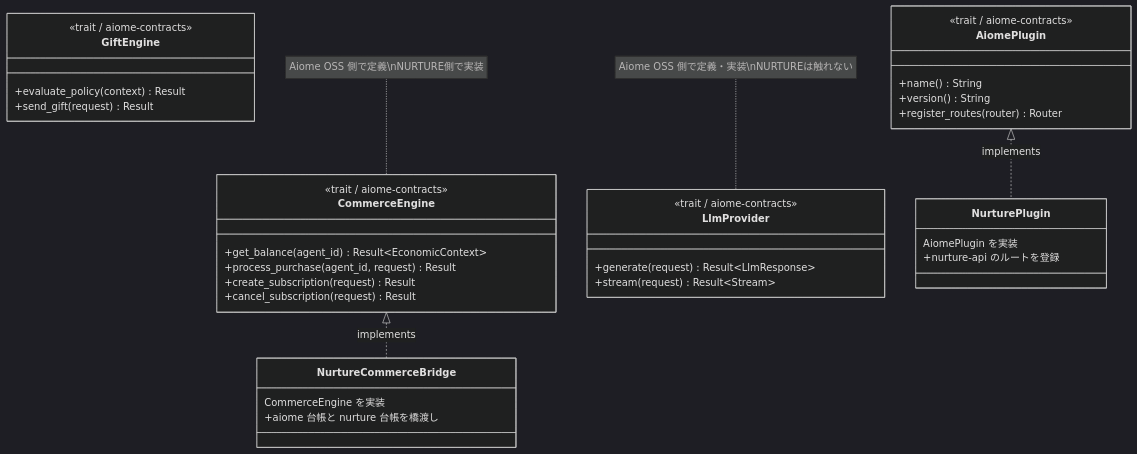
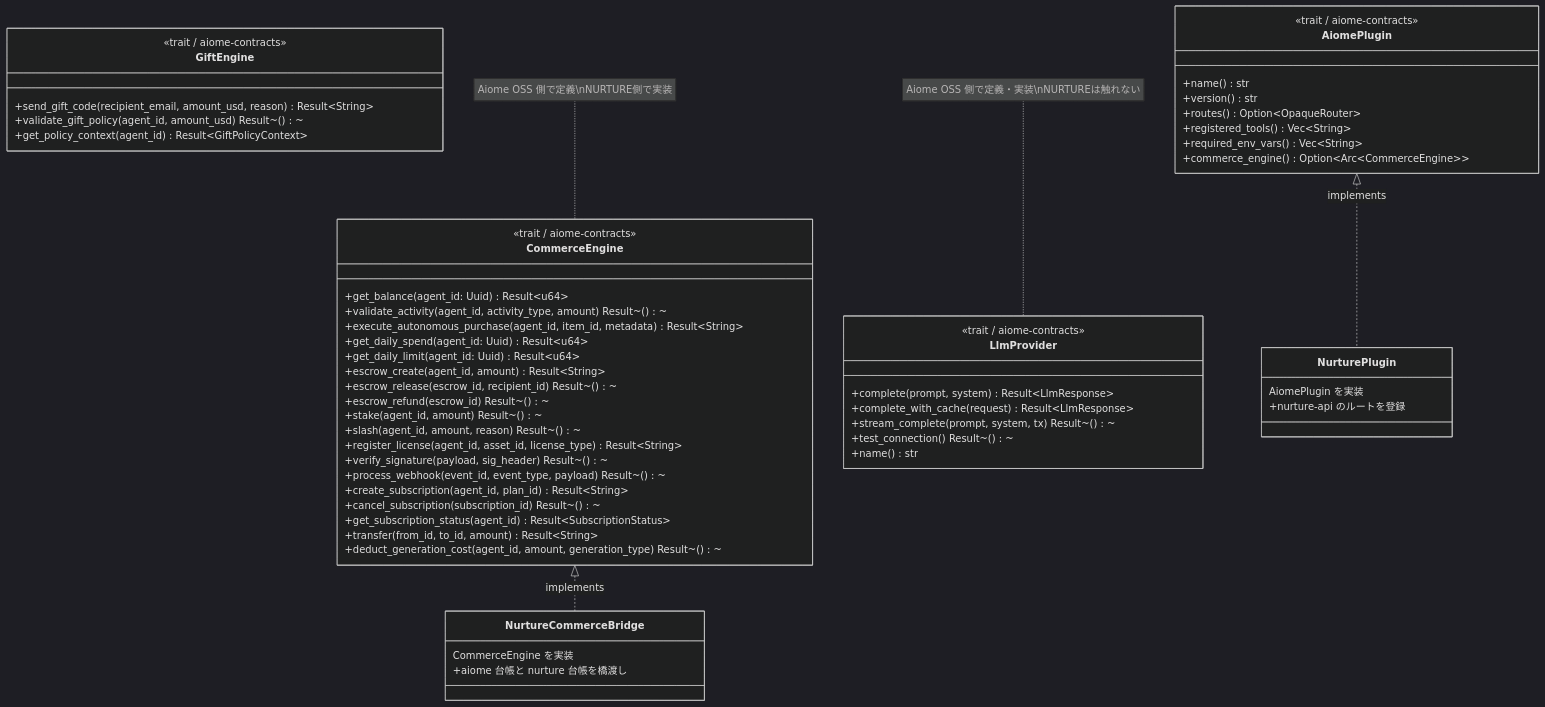
Before and after one commit to for4xex-droid/modular-open-claw: the ninth of 11 diagrams in docs/architecture/AIOME_NURTURE_SYNERGY.md, drawn with Mermaid (dark theme). The commit also changed other lines of this file and 16 other files, not shown here.

First line of the commit message:
feat(economic-integration): Tier 1-4 hardening — DLQ, webhook, commerce bridge

````diff
--- a/docs/architecture/AIOME_NURTURE_SYNERGY.md
+++ b/docs/architecture/AIOME_NURTURE_SYNERGY.md
@@ -482,45 +593,66 @@
 ```mermaid
 classDiagram
     class CommerceEngine {
         <<trait / aiome-contracts>>
-        +get_balance(agent_id) Result~EconomicContext~
-        +process_purchase(agent_id, request) Result
-        +create_subscription(request) Result
-        +cancel_subscription(request) Result
+        +get_balance(agent_id: Uuid) Result~u64~
+        +validate_activity(agent_id, activity_type, amount) Result~()~
+        +execute_autonomous_purchase(agent_id, item_id, metadata) Result~String~
+        +get_daily_spend(agent_id: Uuid) Result~u64~
+        +get_daily_limit(agent_id: Uuid) Result~u64~
+        +escrow_create(agent_id, amount) Result~String~
+        +escrow_release(escrow_id, recipient_id) Result~()~
+        +escrow_refund(escrow_id) Result~()~
+        +stake(agent_id, amount) Result~()~
+        +slash(agent_id, amount, reason) Result~()~
+        +register_license(agent_id, asset_id, license_type) Result~String~
+        +verify_signature(payload, sig_header) Result~()~
+        +process_webhook(event_id, event_type, payload) Result~()~
+        +create_subscription(agent_id, plan_id) Result~String~
+        +cancel_subscription(subscription_id) Result~()~
+        +get_subscription_status(agent_id) Result~SubscriptionStatus~
+        +transfer(from_id, to_id, amount) Result~String~
+        +deduct_generation_cost(agent_id, amount, generation_type) Result~()~
     }
 
     class GiftEngine {
         <<trait / aiome-contracts>>
-        +evaluate_policy(context) Result
-        +send_gift(request) Result
+        +send_gift_code(recipient_email, amount_usd, reason) Result~String~
+        +validate_gift_policy(agent_id, amount_usd) Result~()~
+        +get_policy_context(agent_id) Result~GiftPolicyContext~
     }
 
     class AiomePlugin {
         <<trait / aiome-contracts>>
-        +name() String
-        +version() String
-        +register_routes(router) Router
+        +name() str
+        +version() str
+        +routes() Option~OpaqueRouter~
+        +registered_tools() Vec~String~
+        +required_env_vars() Vec~String~
+        +commerce_engine() Option~Arc~CommerceEngine~~
     }
 
     class LlmProvider {
         <<trait / aiome-contracts>>
-        +generate(request) Result~LlmResponse~
-        +stream(request) Result~Stream~
+        +complete(prompt, system) Result~LlmResponse~
+        +complete_with_cache(request) Result~LlmResponse~
+        +stream_complete(prompt, system, tx) Result~()~
+        +test_connection() Result~()~
+        +name() str
     }
 
     class NurtureCommerceBridge {
         CommerceEngine を実装
         +aiome 台帳と nurture 台帳を橋渡し
     }
 
     class NurturePlugin {
         AiomePlugin を実装
         +nurture-api のルートを登録
     }
 
     CommerceEngine <|.. NurtureCommerceBridge : implements
     AiomePlugin <|.. NurturePlugin : implements
 
     note for CommerceEngine "Aiome OSS 側で定義\nNURTURE側で実装"
     note for LlmProvider "Aiome OSS 側で定義・実装\nNURTUREは触れない"
 ```
````
